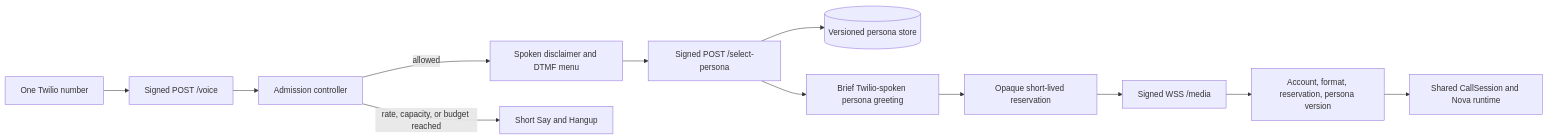
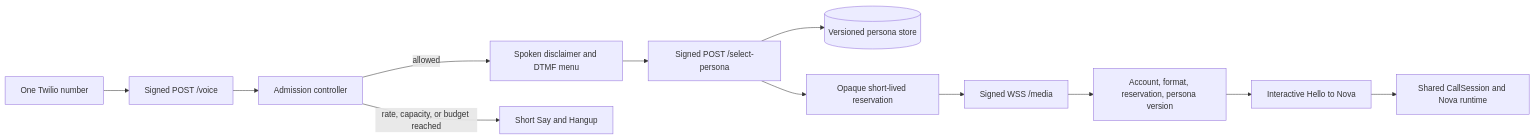
The third of 4 diagrams in docs/architecture.md (mattmuldoon48/realtime-voice-agent), drawn with Mermaid before and after one commit. The commit also changed other lines of this file and 13 other files, not shown here.

Commit message:
Start demo calls with a Nova greeting

````diff
--- a/docs/architecture.md
+++ b/docs/architecture.md
@@ -112,14 +112,14 @@
 ```mermaid
 flowchart LR
     Call[One Twilio number] --> Voice[Signed POST /voice]
     Voice --> Gate[Admission controller]
     Gate -->|allowed| Menu[Spoken disclaimer and DTMF menu]
     Menu --> Select[Signed POST /select-persona]
     Select --> Personas[(Versioned persona store)]
-    Select --> Intro[Brief Twilio-spoken persona greeting]
-    Intro --> Reserve[Opaque short-lived reservation]
+    Select --> Reserve[Opaque short-lived reservation]
     Reserve --> Media[Signed WSS /media]
     Media --> Validate[Account, format, reservation, persona version]
-    Validate --> Runtime[Shared CallSession and Nova runtime]
+    Validate --> Greeting[Interactive Hello to Nova]
+    Greeting --> Runtime[Shared CallSession and Nova runtime]
     Gate -->|rate, capacity, or budget reached| Busy[Short Say and Hangup]
 ```
````
